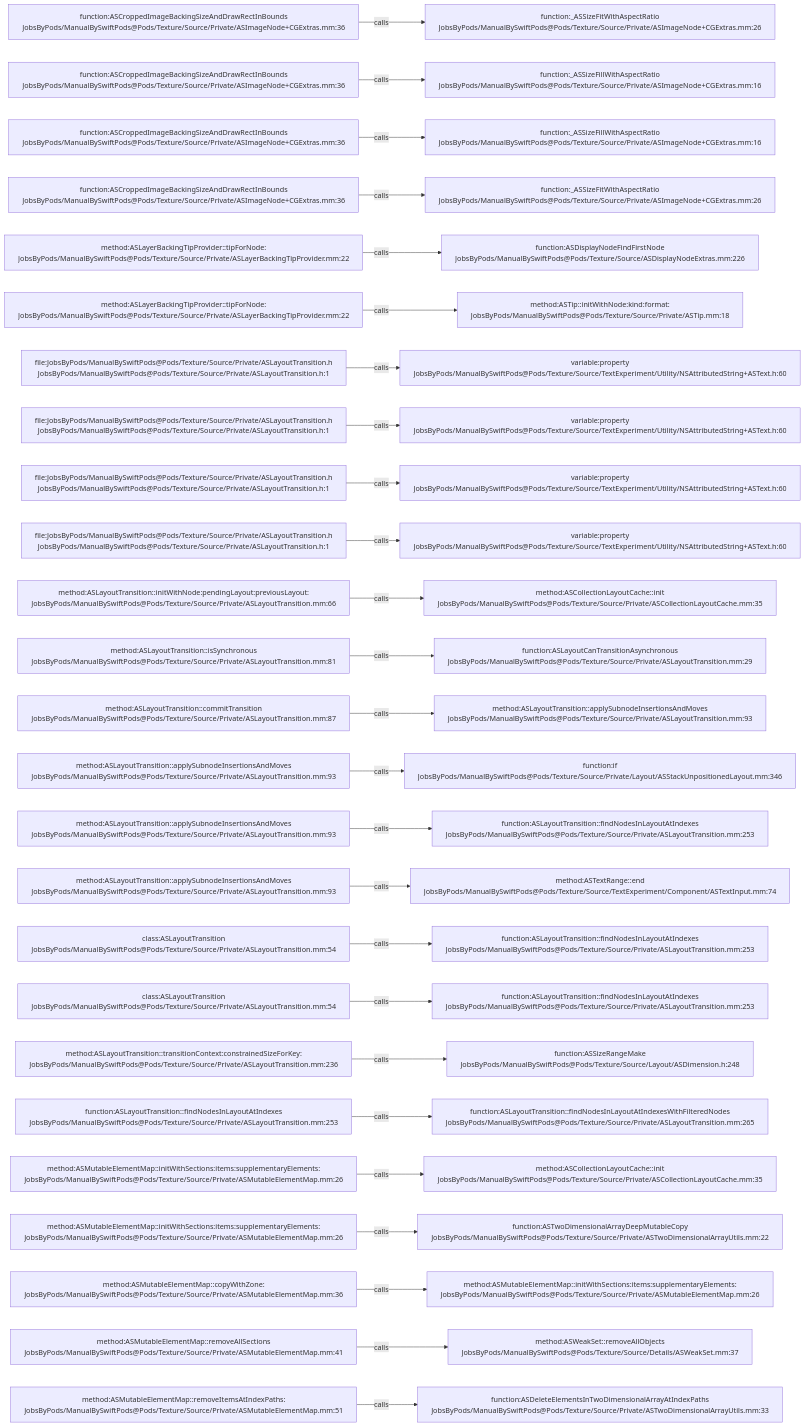
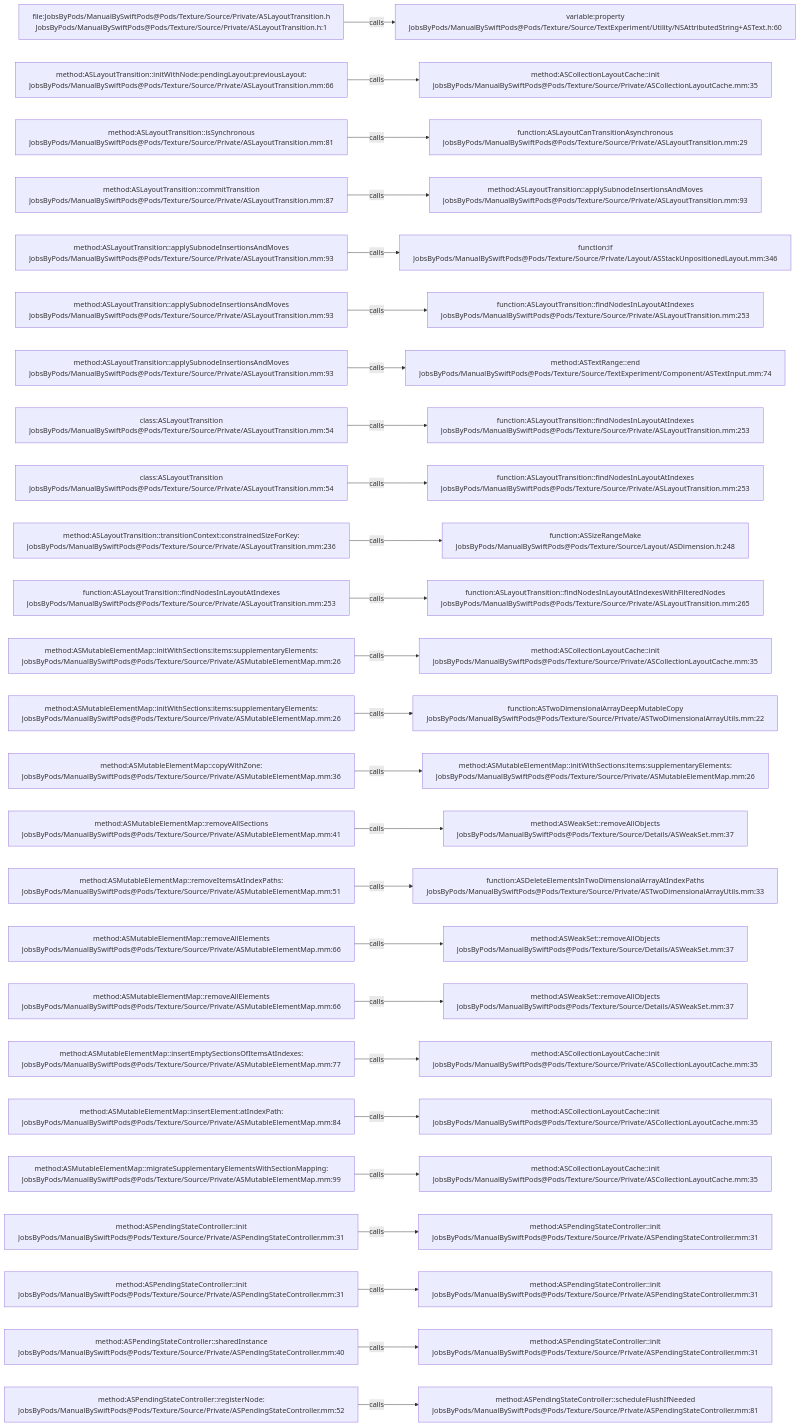
One commit to JobsKits/JobsSwiftBaseConfigDemo changed the diagram in .codegraph/codegraph.md/graphs/calls-121.md. Above: the diagram before and after it, drawn with Mermaid. The commit also changed 707 other files, not shown here.

````diff
--- a/.codegraph/codegraph.md/graphs/calls-121.md
+++ b/.codegraph/codegraph.md/graphs/calls-121.md
@@ -13,78 +13,78 @@
 ```mermaid
 flowchart LR
-  S1["function:ASCroppedImageBackingSizeAndDrawRectInBounds<br/>JobsByPods/ManualBySwiftPods@Pods/Texture/Source/Private/ASImageNode+CGExtras.mm:36"]
-  T1["function:_ASSizeFitWithAspectRatio<br/>JobsByPods/ManualBySwiftPods@Pods/Texture/Source/Private/ASImageNode+CGExtras.mm:26"]
+  S1["file:JobsByPods/ManualBySwiftPods@Pods/Texture/Source/Private/ASLayoutTransition.h<br/>JobsByPods/ManualBySwiftPods@Pods/Texture/Source/Private/ASLayoutTransition.h:1"]
+  T1["variable:property<br/>JobsByPods/ManualBySwiftPods@Pods/Texture/Source/TextExperiment/Utility/NSAttributedString+ASText.h:60"]
   S1 -->|calls| T1
-  S2["function:ASCroppedImageBackingSizeAndDrawRectInBounds<br/>JobsByPods/ManualBySwiftPods@Pods/Texture/Source/Private/ASImageNode+CGExtras.mm:36"]
-  T2["function:_ASSizeFillWithAspectRatio<br/>JobsByPods/ManualBySwiftPods@Pods/Texture/Source/Private/ASImageNode+CGExtras.mm:16"]
+  S2["method:ASLayoutTransition::initWithNode:pendingLayout:previousLayout:<br/>JobsByPods/ManualBySwiftPods@Pods/Texture/Source/Private/ASLayoutTransition.mm:66"]
+  T2["method:ASCollectionLayoutCache::init<br/>JobsByPods/ManualBySwiftPods@Pods/Texture/Source/Private/ASCollectionLayoutCache.mm:35"]
   S2 -->|calls| T2
-  S3["function:ASCroppedImageBackingSizeAndDrawRectInBounds<br/>JobsByPods/ManualBySwiftPods@Pods/Texture/Source/Private/ASImageNode+CGExtras.mm:36"]
-  T3["function:_ASSizeFillWithAspectRatio<br/>JobsByPods/ManualBySwiftPods@Pods/Texture/Source/Private/ASImageNode+CGExtras.mm:16"]
+  S3["method:ASLayoutTransition::isSynchronous<br/>JobsByPods/ManualBySwiftPods@Pods/Texture/Source/Private/ASLayoutTransition.mm:81"]
+  T3["function:ASLayoutCanTransitionAsynchronous<br/>JobsByPods/ManualBySwiftPods@Pods/Texture/Source/Private/ASLayoutTransition.mm:29"]
   S3 -->|calls| T3
-  S4["function:ASCroppedImageBackingSizeAndDrawRectInBounds<br/>JobsByPods/ManualBySwiftPods@Pods/Texture/Source/Private/ASImageNode+CGExtras.mm:36"]
-  T4["function:_ASSizeFitWithAspectRatio<br/>JobsByPods/ManualBySwiftPods@Pods/Texture/Source/Private/ASImageNode+CGExtras.mm:26"]
+  S4["method:ASLayoutTransition::commitTransition<br/>JobsByPods/ManualBySwiftPods@Pods/Texture/Source/Private/ASLayoutTransition.mm:87"]
+  T4["method:ASLayoutTransition::applySubnodeInsertionsAndMoves<br/>JobsByPods/ManualBySwiftPods@Pods/Texture/Source/Private/ASLayoutTransition.mm:93"]
   S4 -->|calls| T4
-  S5["method:ASLayerBackingTipProvider::tipForNode:<br/>JobsByPods/ManualBySwiftPods@Pods/Texture/Source/Private/ASLayerBackingTipProvider.mm:22"]
-  T5["function:ASDisplayNodeFindFirstNode<br/>JobsByPods/ManualBySwiftPods@Pods/Texture/Source/ASDisplayNodeExtras.mm:226"]
+  S5["method:ASLayoutTransition::applySubnodeInsertionsAndMoves<br/>JobsByPods/ManualBySwiftPods@Pods/Texture/Source/Private/ASLayoutTransition.mm:93"]
+  T5["function:if<br/>JobsByPods/ManualBySwiftPods@Pods/Texture/Source/Private/Layout/ASStackUnpositionedLayout.mm:346"]
   S5 -->|calls| T5
-  S6["method:ASLayerBackingTipProvider::tipForNode:<br/>JobsByPods/ManualBySwiftPods@Pods/Texture/Source/Private/ASLayerBackingTipProvider.mm:22"]
-  T6["method:ASTip::initWithNode:kind:format:<br/>JobsByPods/ManualBySwiftPods@Pods/Texture/Source/Private/ASTip.mm:18"]
+  S6["method:ASLayoutTransition::applySubnodeInsertionsAndMoves<br/>JobsByPods/ManualBySwiftPods@Pods/Texture/Source/Private/ASLayoutTransition.mm:93"]
+  T6["function:ASLayoutTransition::findNodesInLayoutAtIndexes<br/>JobsByPods/ManualBySwiftPods@Pods/Texture/Source/Private/ASLayoutTransition.mm:253"]
   S6 -->|calls| T6
-  S7["file:JobsByPods/ManualBySwiftPods@Pods/Texture/Source/Private/ASLayoutTransition.h<br/>JobsByPods/ManualBySwiftPods@Pods/Texture/Source/Private/ASLayoutTransition.h:1"]
-  T7["variable:property<br/>JobsByPods/ManualBySwiftPods@Pods/Texture/Source/TextExperiment/Utility/NSAttributedString+ASText.h:60"]
+  S7["method:ASLayoutTransition::applySubnodeInsertionsAndMoves<br/>JobsByPods/ManualBySwiftPods@Pods/Texture/Source/Private/ASLayoutTransition.mm:93"]
+  T7["method:ASTextRange::end<br/>JobsByPods/ManualBySwiftPods@Pods/Texture/Source/TextExperiment/Component/ASTextInput.mm:74"]
   S7 -->|calls| T7
-  S8["file:JobsByPods/ManualBySwiftPods@Pods/Texture/Source/Private/ASLayoutTransition.h<br/>JobsByPods/ManualBySwiftPods@Pods/Texture/Source/Private/ASLayoutTransition.h:1"]
-  T8["variable:property<br/>JobsByPods/ManualBySwiftPods@Pods/Texture/Source/TextExperiment/Utility/NSAttributedString+ASText.h:60"]
+  S8["class:ASLayoutTransition<br/>JobsByPods/ManualBySwiftPods@Pods/Texture/Source/Private/ASLayoutTransition.mm:54"]
+  T8["function:ASLayoutTransition::findNodesInLayoutAtIndexes<br/>JobsByPods/ManualBySwiftPods@Pods/Texture/Source/Private/ASLayoutTransition.mm:253"]
   S8 -->|calls| T8
-  S9["file:JobsByPods/ManualBySwiftPods@Pods/Texture/Source/Private/ASLayoutTransition.h<br/>JobsByPods/ManualBySwiftPods@Pods/Texture/Source/Private/ASLayoutTransition.h:1"]
-  T9["variable:property<br/>JobsByPods/ManualBySwiftPods@Pods/Texture/Source/TextExperiment/Utility/NSAttributedString+ASText.h:60"]
+  S9["class:ASLayoutTransition<br/>JobsByPods/ManualBySwiftPods@Pods/Texture/Source/Private/ASLayoutTransition.mm:54"]
+  T9["function:ASLayoutTransition::findNodesInLayoutAtIndexes<br/>JobsByPods/ManualBySwiftPods@Pods/Texture/Source/Private/ASLayoutTransition.mm:253"]
   S9 -->|calls| T9
-  S10["file:JobsByPods/ManualBySwiftPods@Pods/Texture/Source/Private/ASLayoutTransition.h<br/>JobsByPods/ManualBySwiftPods@Pods/Texture/Source/Private/ASLayoutTransition.h:1"]
-  T10["variable:property<br/>JobsByPods/ManualBySwiftPods@Pods/Texture/Source/TextExperiment/Utility/NSAttributedString+ASText.h:60"]
+  S10["method:ASLayoutTransition::transitionContext:constrainedSizeForKey:<br/>JobsByPods/ManualBySwiftPods@Pods/Texture/Source/Private/ASLayoutTransition.mm:236"]
+  T10["function:ASSizeRangeMake<br/>JobsByPods/ManualBySwiftPods@Pods/Texture/Source/Layout/ASDimension.h:248"]
   S10 -->|calls| T10
-  S11["method:ASLayoutTransition::initWithNode:pendingLayout:previousLayout:<br/>JobsByPods/ManualBySwiftPods@Pods/Texture/Source/Private/ASLayoutTransition.mm:66"]
-  T11["method:ASCollectionLayoutCache::init<br/>JobsByPods/ManualBySwiftPods@Pods/Texture/Source/Private/ASCollectionLayoutCache.mm:35"]
+  S11["function:ASLayoutTransition::findNodesInLayoutAtIndexes<br/>JobsByPods/ManualBySwiftPods@Pods/Texture/Source/Private/ASLayoutTransition.mm:253"]
+  T11["function:ASLayoutTransition::findNodesInLayoutAtIndexesWithFilteredNodes<br/>JobsByPods/ManualBySwiftPods@Pods/Texture/Source/Private/ASLayoutTransition.mm:265"]
   S11 -->|calls| T11
-  S12["method:ASLayoutTransition::isSynchronous<br/>JobsByPods/ManualBySwiftPods@Pods/Texture/Source/Private/ASLayoutTransition.mm:81"]
-  T12["function:ASLayoutCanTransitionAsynchronous<br/>JobsByPods/ManualBySwiftPods@Pods/Texture/Source/Private/ASLayoutTransition.mm:29"]
+  S12["method:ASMutableElementMap::initWithSections:items:supplementaryElements:<br/>JobsByPods/ManualBySwiftPods@Pods/Texture/Source/Private/ASMutableElementMap.mm:26"]
+  T12["method:ASCollectionLayoutCache::init<br/>JobsByPods/ManualBySwiftPods@Pods/Texture/Source/Private/ASCollectionLayoutCache.mm:35"]
   S12 -->|calls| T12
-  S13["method:ASLayoutTransition::commitTransition<br/>JobsByPods/ManualBySwiftPods@Pods/Texture/Source/Private/ASLayoutTransition.mm:87"]
-  T13["method:ASLayoutTransition::applySubnodeInsertionsAndMoves<br/>JobsByPods/ManualBySwiftPods@Pods/Texture/Source/Private/ASLayoutTransition.mm:93"]
+  S13["method:ASMutableElementMap::initWithSections:items:supplementaryElements:<br/>JobsByPods/ManualBySwiftPods@Pods/Texture/Source/Private/ASMutableElementMap.mm:26"]
+  T13["function:ASTwoDimensionalArrayDeepMutableCopy<br/>JobsByPods/ManualBySwiftPods@Pods/Texture/Source/Private/ASTwoDimensionalArrayUtils.mm:22"]
   S13 -->|calls| T13
-  S14["method:ASLayoutTransition::applySubnodeInsertionsAndMoves<br/>JobsByPods/ManualBySwiftPods@Pods/Texture/Source/Private/ASLayoutTransition.mm:93"]
-  T14["function:if<br/>JobsByPods/ManualBySwiftPods@Pods/Texture/Source/Private/Layout/ASStackUnpositionedLayout.mm:346"]
+  S14["method:ASMutableElementMap::copyWithZone:<br/>JobsByPods/ManualBySwiftPods@Pods/Texture/Source/Private/ASMutableElementMap.mm:36"]
+  T14["method:ASMutableElementMap::initWithSections:items:supplementaryElements:<br/>JobsByPods/ManualBySwiftPods@Pods/Texture/Source/Private/ASMutableElementMap.mm:26"]
   S14 -->|calls| T14
-  S15["method:ASLayoutTransition::applySubnodeInsertionsAndMoves<br/>JobsByPods/ManualBySwiftPods@Pods/Texture/Source/Private/ASLayoutTransition.mm:93"]
-  T15["function:ASLayoutTransition::findNodesInLayoutAtIndexes<br/>JobsByPods/ManualBySwiftPods@Pods/Texture/Source/Private/ASLayoutTransition.mm:253"]
+  S15["method:ASMutableElementMap::removeAllSections<br/>JobsByPods/ManualBySwiftPods@Pods/Texture/Source/Private/ASMutableElementMap.mm:41"]
+  T15["method:ASWeakSet::removeAllObjects<br/>JobsByPods/ManualBySwiftPods@Pods/Texture/Source/Details/ASWeakSet.mm:37"]
   S15 -->|calls| T15
-  S16["method:ASLayoutTransition::applySubnodeInsertionsAndMoves<br/>JobsByPods/ManualBySwiftPods@Pods/Texture/Source/Private/ASLayoutTransition.mm:93"]
-  T16["method:ASTextRange::end<br/>JobsByPods/ManualBySwiftPods@Pods/Texture/Source/TextExperiment/Component/ASTextInput.mm:74"]
+  S16["method:ASMutableElementMap::removeItemsAtIndexPaths:<br/>JobsByPods/ManualBySwiftPods@Pods/Texture/Source/Private/ASMutableElementMap.mm:51"]
+  T16["function:ASDeleteElementsInTwoDimensionalArrayAtIndexPaths<br/>JobsByPods/ManualBySwiftPods@Pods/Texture/Source/Private/ASTwoDimensionalArrayUtils.mm:33"]
   S16 -->|calls| T16
-  S17["class:ASLayoutTransition<br/>JobsByPods/ManualBySwiftPods@Pods/Texture/Source/Private/ASLayoutTransition.mm:54"]
-  T17["function:ASLayoutTransition::findNodesInLayoutAtIndexes<br/>JobsByPods/ManualBySwiftPods@Pods/Texture/Source/Private/ASLayoutTransition.mm:253"]
+  S17["method:ASMutableElementMap::removeAllElements<br/>JobsByPods/ManualBySwiftPods@Pods/Texture/Source/Private/ASMutableElementMap.mm:66"]
+  T17["method:ASWeakSet::removeAllObjects<br/>JobsByPods/ManualBySwiftPods@Pods/Texture/Source/Details/ASWeakSet.mm:37"]
   S17 -->|calls| T17
-  S18["class:ASLayoutTransition<br/>JobsByPods/ManualBySwiftPods@Pods/Texture/Source/Private/ASLayoutTransition.mm:54"]
-  T18["function:ASLayoutTransition::findNodesInLayoutAtIndexes<br/>JobsByPods/ManualBySwiftPods@Pods/Texture/Source/Private/ASLayoutTransition.mm:253"]
+  S18["method:ASMutableElementMap::removeAllElements<br/>JobsByPods/ManualBySwiftPods@Pods/Texture/Source/Private/ASMutableElementMap.mm:66"]
+  T18["method:ASWeakSet::removeAllObjects<br/>JobsByPods/ManualBySwiftPods@Pods/Texture/Source/Details/ASWeakSet.mm:37"]
   S18 -->|calls| T18
-  S19["method:ASLayoutTransition::transitionContext:constrainedSizeForKey:<br/>JobsByPods/ManualBySwiftPods@Pods/Texture/Source/Private/ASLayoutTransition.mm:236"]
-  T19["function:ASSizeRangeMake<br/>JobsByPods/ManualBySwiftPods@Pods/Texture/Source/Layout/ASDimension.h:248"]
+  S19["method:ASMutableElementMap::insertEmptySectionsOfItemsAtIndexes:<br/>JobsByPods/ManualBySwiftPods@Pods/Texture/Source/Private/ASMutableElementMap.mm:77"]
+  T19["method:ASCollectionLayoutCache::init<br/>JobsByPods/ManualBySwiftPods@Pods/Texture/Source/Private/ASCollectionLayoutCache.mm:35"]
   S19 -->|calls| T19
-  S20["function:ASLayoutTransition::findNodesInLayoutAtIndexes<br/>JobsByPods/ManualBySwiftPods@Pods/Texture/Source/Private/ASLayoutTransition.mm:253"]
-  T20["function:ASLayoutTransition::findNodesInLayoutAtIndexesWithFilteredNodes<br/>JobsByPods/ManualBySwiftPods@Pods/Texture/Source/Private/ASLayoutTransition.mm:265"]
+  S20["method:ASMutableElementMap::insertElement:atIndexPath:<br/>JobsByPods/ManualBySwiftPods@Pods/Texture/Source/Private/ASMutableElementMap.mm:84"]
+  T20["method:ASCollectionLayoutCache::init<br/>JobsByPods/ManualBySwiftPods@Pods/Texture/Source/Private/ASCollectionLayoutCache.mm:35"]
   S20 -->|calls| T20
-  S21["method:ASMutableElementMap::initWithSections:items:supplementaryElements:<br/>JobsByPods/ManualBySwiftPods@Pods/Texture/Source/Private/ASMutableElementMap.mm:26"]
+  S21["method:ASMutableElementMap::migrateSupplementaryElementsWithSectionMapping:<br/>JobsByPods/ManualBySwiftPods@Pods/Texture/Source/Private/ASMutableElementMap.mm:99"]
   T21["method:ASCollectionLayoutCache::init<br/>JobsByPods/ManualBySwiftPods@Pods/Texture/Source/Private/ASCollectionLayoutCache.mm:35"]
   S21 -->|calls| T21
-  S22["method:ASMutableElementMap::initWithSections:items:supplementaryElements:<br/>JobsByPods/ManualBySwiftPods@Pods/Texture/Source/Private/ASMutableElementMap.mm:26"]
-  T22["function:ASTwoDimensionalArrayDeepMutableCopy<br/>JobsByPods/ManualBySwiftPods@Pods/Texture/Source/Private/ASTwoDimensionalArrayUtils.mm:22"]
+  S22["method:ASPendingStateController::init<br/>JobsByPods/ManualBySwiftPods@Pods/Texture/Source/Private/ASPendingStateController.mm:31"]
+  T22["method:ASPendingStateController::init<br/>JobsByPods/ManualBySwiftPods@Pods/Texture/Source/Private/ASPendingStateController.mm:31"]
   S22 -->|calls| T22
-  S23["method:ASMutableElementMap::copyWithZone:<br/>JobsByPods/ManualBySwiftPods@Pods/Texture/Source/Private/ASMutableElementMap.mm:36"]
-  T23["method:ASMutableElementMap::initWithSections:items:supplementaryElements:<br/>JobsByPods/ManualBySwiftPods@Pods/Texture/Source/Private/ASMutableElementMap.mm:26"]
+  S23["method:ASPendingStateController::init<br/>JobsByPods/ManualBySwiftPods@Pods/Texture/Source/Private/ASPendingStateController.mm:31"]
+  T23["method:ASPendingStateController::init<br/>JobsByPods/ManualBySwiftPods@Pods/Texture/Source/Private/ASPendingStateController.mm:31"]
   S23 -->|calls| T23
-  S24["method:ASMutableElementMap::removeAllSections<br/>JobsByPods/ManualBySwiftPods@Pods/Texture/Source/Private/ASMutableElementMap.mm:41"]
-  T24["method:ASWeakSet::removeAllObjects<br/>JobsByPods/ManualBySwiftPods@Pods/Texture/Source/Details/ASWeakSet.mm:37"]
+  S24["method:ASPendingStateController::sharedInstance<br/>JobsByPods/ManualBySwiftPods@Pods/Texture/Source/Private/ASPendingStateController.mm:40"]
+  T24["method:ASPendingStateController::init<br/>JobsByPods/ManualBySwiftPods@Pods/Texture/Source/Private/ASPendingStateController.mm:31"]
   S24 -->|calls| T24
-  S25["method:ASMutableElementMap::removeItemsAtIndexPaths:<br/>JobsByPods/ManualBySwiftPods@Pods/Texture/Source/Private/ASMutableElementMap.mm:51"]
-  T25["function:ASDeleteElementsInTwoDimensionalArrayAtIndexPaths<br/>JobsByPods/ManualBySwiftPods@Pods/Texture/Source/Private/ASTwoDimensionalArrayUtils.mm:33"]
+  S25["method:ASPendingStateController::registerNode:<br/>JobsByPods/ManualBySwiftPods@Pods/Texture/Source/Private/ASPendingStateController.mm:52"]
+  T25["method:ASPendingStateController::scheduleFlushIfNeeded<br/>JobsByPods/ManualBySwiftPods@Pods/Texture/Source/Private/ASPendingStateController.mm:81"]
   S25 -->|calls| T25
 ```
````
